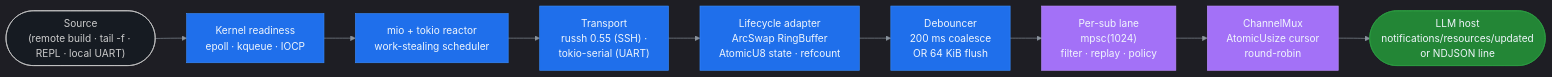
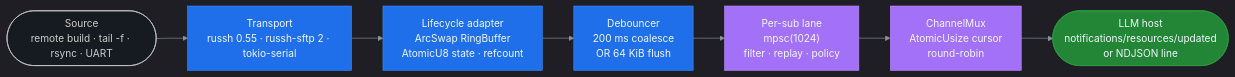
The first of 2 diagrams in README.md (farchanjo/ssh-mcp), drawn with Mermaid before and after one commit. The commit also changed other lines of this file, not shown here.

````diff
--- a/README.md
+++ b/README.md
@@ -122,22 +176,20 @@
 ```mermaid
 %%{init: {'theme':'dark','themeVariables':{'primaryColor':'#1f6feb','primaryTextColor':'#f0f6fc','primaryBorderColor':'#388bfd','lineColor':'#8b949e','background':'#0d1117','mainBkg':'#161b22','clusterBkg':'#161b22','clusterBorder':'#30363d'}}}%%
 flowchart LR
-    REM(["Source<br/>(remote build · tail -f · REPL · local UART)"])
-    KER["Kernel readiness<br/>epoll · kqueue · IOCP"]
-    MIO["mio + tokio reactor<br/>work-stealing scheduler"]
-    SRC["Transport<br/>russh 0.55 (SSH) ·<br/>tokio-serial (UART)"]
+    SRC(["Source<br/>remote build · tail -f · rsync · UART"])
+    TRANSPORT["Transport<br/>russh 0.55 · russh-sftp 2 · tokio-serial"]
     LIFE["Lifecycle adapter<br/>ArcSwap RingBuffer<br/>AtomicU8 state · refcount"]
     DEB["Debouncer<br/>200 ms coalesce<br/>OR 64 KiB flush"]
     LANE["Per-sub lane<br/>mpsc(1024)<br/>filter · replay · policy"]
     MUX["ChannelMux<br/>AtomicUsize cursor<br/>round-robin"]
     OUT(["LLM host<br/>notifications/resources/updated<br/>or NDJSON line"])
 
-    REM --> KER --> MIO --> SRC --> LIFE --> DEB --> LANE --> MUX --> OUT
+    SRC --> TRANSPORT --> LIFE --> DEB --> LANE --> MUX --> OUT
 
     classDef rt fill:#1f6feb,color:#f0f6fc,stroke:#388bfd
     classDef mux fill:#a371f7,color:#f0f6fc,stroke:#bc8cff
     classDef host fill:#238636,color:#f0f6fc,stroke:#2ea043
-    class KER,MIO,SRC,LIFE,DEB rt
+    class TRANSPORT,LIFE,DEB rt
     class LANE,MUX mux
     class OUT host
 ```
````
